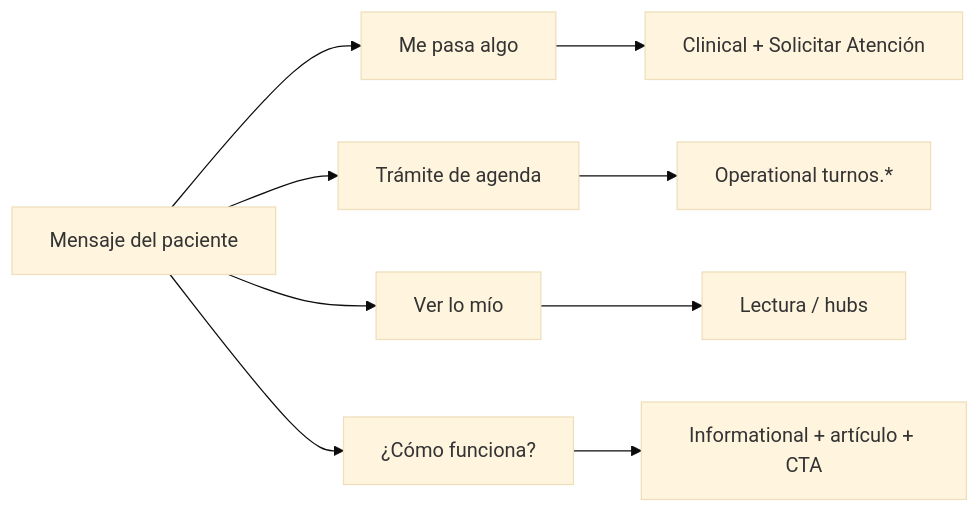
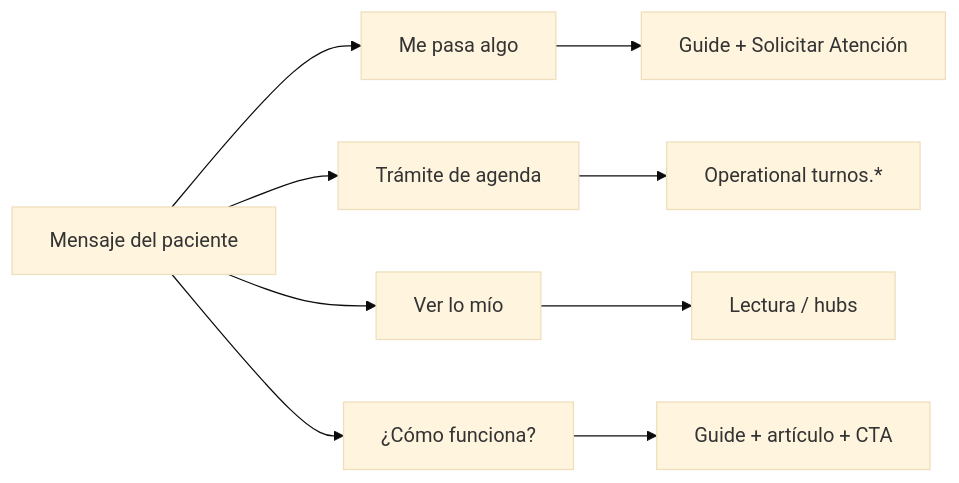
Before and after one commit to luischanferoni/bioenlace: the diagram in web/docs/qa/paciente/asistente-consultas.md, drawn with Mermaid (base theme). The commit also changed other lines of this file and 64 other files, not shown here.

````diff
--- a/web/docs/qa/paciente/asistente-consultas.md
+++ b/web/docs/qa/paciente/asistente-consultas.md
@@ -28,12 +28,12 @@
 ```mermaid
 flowchart LR
   P[Mensaje del paciente]
   P --> A["Me pasa algo"]
   P --> B["Trámite de agenda"]
   P --> C["Ver lo mío"]
   P --> D["¿Cómo funciona?"]
-  A --> SA[Clinical + Solicitar Atención]
+  A --> SA[Guide + Solicitar Atención]
   B --> TU[Operational turnos.*]
   C --> MI[Lectura / hubs]
-  D --> IC[Informational + artículo + CTA]
+  D --> IC[Guide + artículo + CTA]
 ```
````
